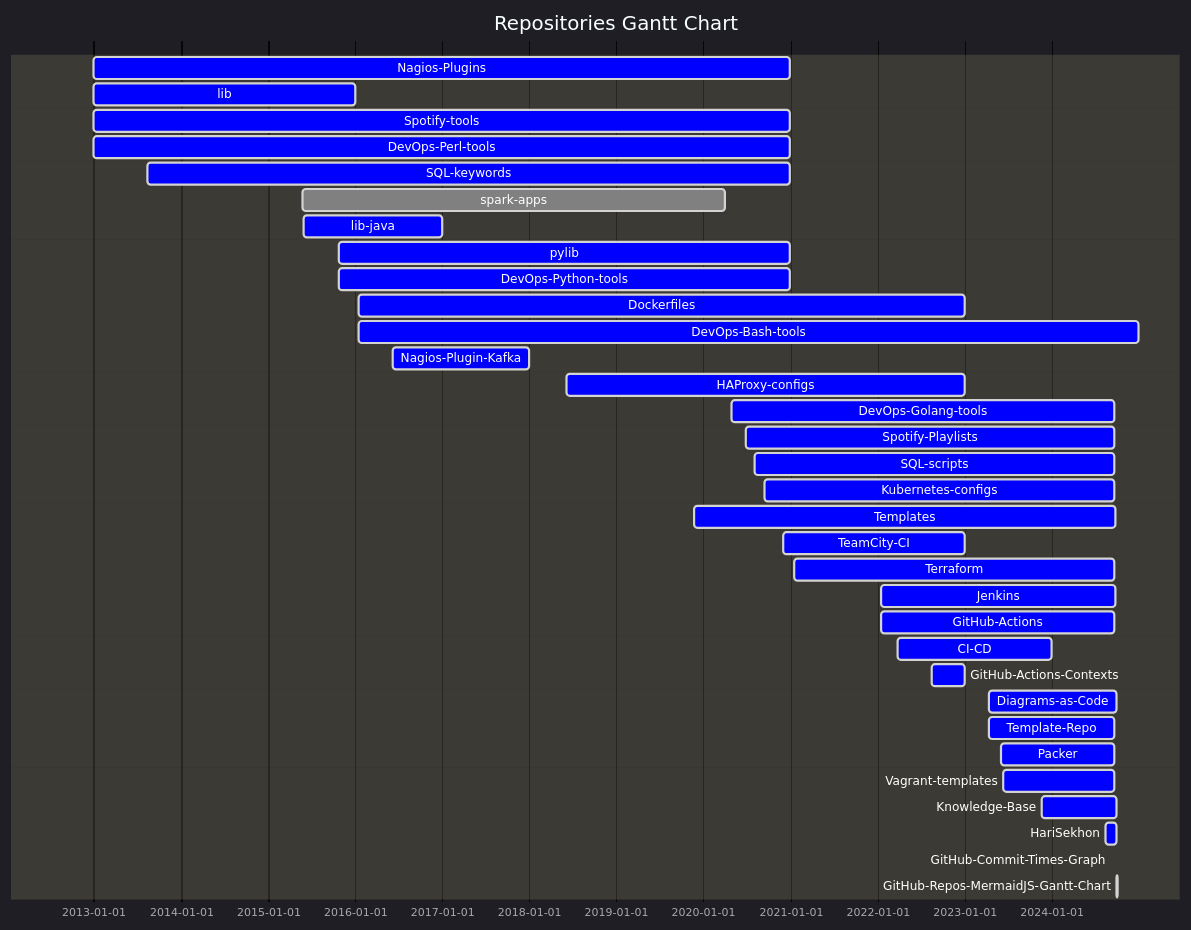
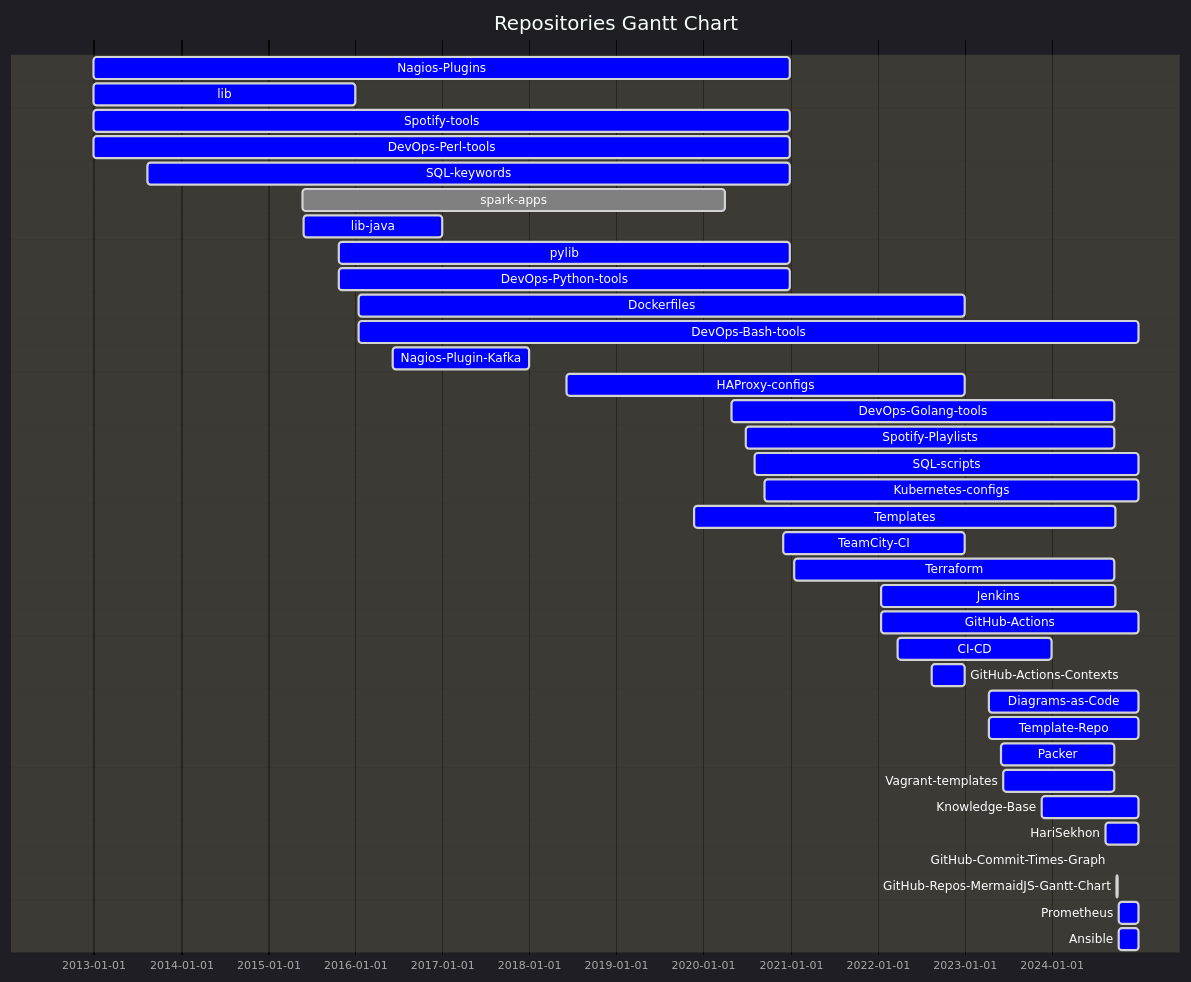
The fifth of 5 diagrams in README.md (HariSekhon/Diagrams-as-Code), drawn with Mermaid before and after one commit.

````diff
--- a/README.md
+++ b/README.md
@@ -870,55 +870,57 @@
 ```mermaid
 %%{ init: {
         "logLevel": "debug",
         'theme': 'dark',
         'themeVariables': {
           'activeTaskBkgColor': '#0000ff',
           'activeTaskBorderColor': 'lightgrey',
           'critBorderColor': 'lightgrey',
           'doneTaskBkgColor': 'grey',
           'doneTaskBorderColor': 'lightgrey',
           'taskBkgColor': 'black',
           'taskBorderColor': 'black',
           'taskTextColor': 'white',
           'taskTextDarkColor': 'white',
           'taskTextLightColor': 'black',
           'todayLineColor': 'red'
         }
     }
 }%%
 gantt
     dateFormat  YYYY-MM-DD
     title Repositories Gantt Chart
     Nagios-Plugins : active, 2012-12-30, 2020-12-31
     lib : active, 2012-12-30, 2015-12-31
     Spotify-tools : active, 2012-12-30, 2020-12-31
     DevOps-Perl-tools : active, 2012-12-30, 2020-12-31
     SQL-keywords : active, 2013-08-13, 2020-12-31
     spark-apps : done, 2015-05-25, 2020-04-02
     lib-java : active, 2015-05-31, 2016-12-31
     pylib : active, 2015-10-27, 2020-12-31
     DevOps-Python-tools : active, 2015-10-27, 2020-12-31
     Dockerfiles : active, 2016-01-17, 2022-12-31
     DevOps-Bash-tools : active, 2016-01-17, 2024-12-31
     Nagios-Plugin-Kafka : active, 2016-06-07, 2017-12-31
     HAProxy-configs : active, 2018-06-08, 2022-12-31
     DevOps-Golang-tools : active, 2020-04-30, 2024-09-22
     Spotify-Playlists : active, 2020-06-29, 2024-09-22
-    SQL-scripts : active, 2020-08-05, 2024-09-21
-    Kubernetes-configs : active, 2020-09-16, 2024-09-21
+    SQL-scripts : active, 2020-08-05, 2024-12-31
+    Kubernetes-configs : active, 2020-09-16, 2024-12-31
     Templates : active, 2019-11-25, 2024-09-25
     TeamCity-CI : active, 2020-12-03, 2022-12-31
     Terraform : active, 2021-01-18, 2024-09-21
     Jenkins : active, 2022-01-17, 2024-09-23
-    GitHub-Actions : active, 2022-01-17, 2024-09-22
+    GitHub-Actions : active, 2022-01-17, 2024-12-31
     CI-CD : active, 2022-03-25, 2023-12-31
     GitHub-Actions-Contexts : active, 2022-08-17, 2022-12-31
-    Diagrams-as-Code : active, 2023-04-14, 2024-10-02
-    Template-Repo : active, 2023-04-15, 2024-09-22
+    Diagrams-as-Code : active, 2023-04-14, 2024-12-31
+    Template-Repo : active, 2023-04-15, 2024-12-31
     Packer : active, 2023-06-02, 2024-09-21
     Vagrant-templates : active, 2023-06-12, 2024-09-21
-    Knowledge-Base : active, 2023-11-22, 2024-09-29
-    HariSekhon : active, 2024-08-14, 2024-10-02
+    Knowledge-Base : active, 2023-11-22, 2024-12-31
+    HariSekhon : active, 2024-08-14, 2024-12-31
     GitHub-Commit-Times-Graph : active, 2024-09-07, 2024-09-08
     GitHub-Repos-MermaidJS-Gantt-Chart : active, 2024-10-02, 2024-10-03
+    Prometheus : active, 2024-10-08, 2024-12-31
+    Ansible : active, 2024-10-08, 2024-12-31
 ```
````
